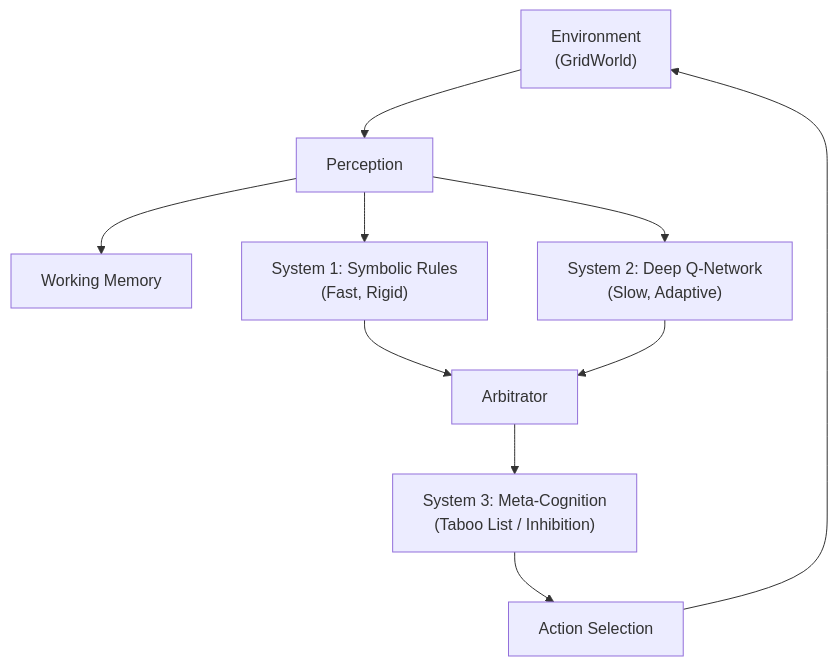
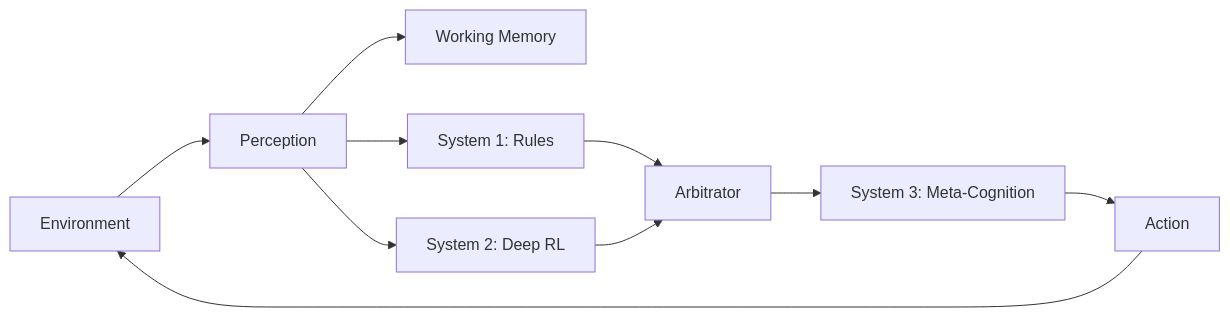
One commit to hxrnoorsingh/synergia changed the diagram in README.md. Above: the diagram before and after it, drawn with Mermaid. The commit also changed other lines of this file, not shown here.

Commit message:
Simplify Mermaid diagram for GitHub compatibility

````diff
--- a/README.md
+++ b/README.md
@@ -64,12 +64,12 @@
 ```mermaid
-graph TD
-    Env["Environment\n(GridWorld)"] --> Perc["Perception"]
-    Perc --> WM["Working Memory"]
-    Perc --> Rules["System 1: Symbolic Rules\n(Fast, Rigid)"]
-    Perc --> DQN["System 2: Deep Q-Network\n(Slow, Adaptive)"]
-    Rules --> Arb["Arbitrator"]
-    DQN --> Arb
-    Arb --> Meta["System 3: Meta-Cognition\n(Taboo List / Inhibition)"]
-    Meta --> Action["Action Selection"]
-    Action --> Env
+flowchart LR
+    A[Environment] --> B[Perception]
+    B --> C[Working Memory]
+    B --> D[System 1: Rules]
+    B --> E[System 2: Deep RL]
+    D --> F[Arbitrator]
+    E --> F
+    F --> G[System 3: Meta-Cognition]
+    G --> H[Action]
+    H --> A
 ```
````
